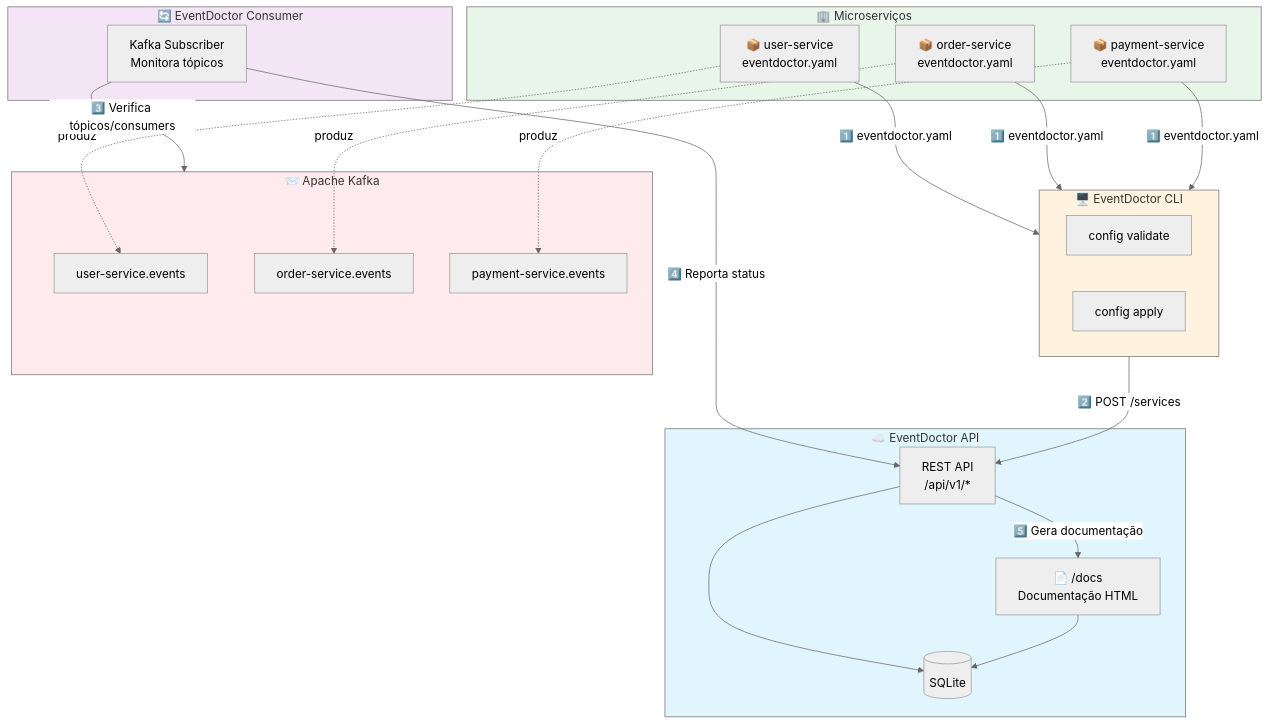
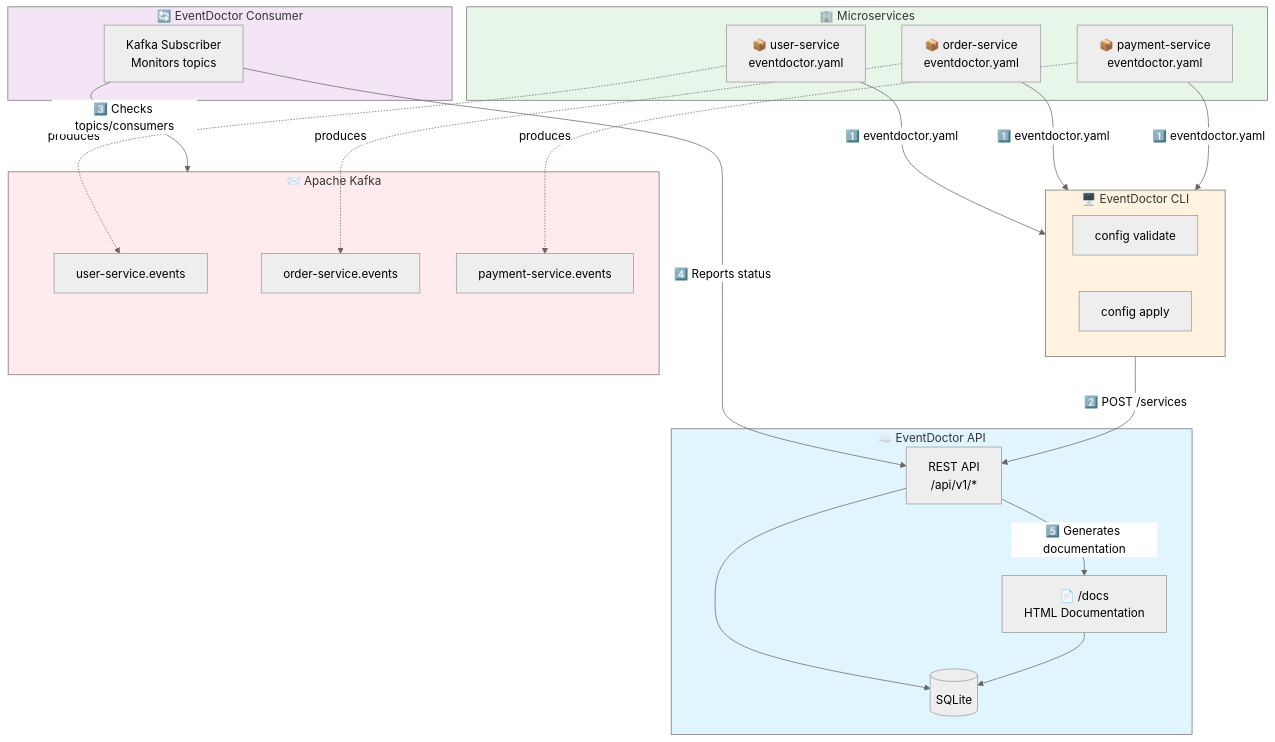
Before and after one commit to nicolascb/eventdoctor: the diagram in README.md, drawn with Mermaid (neutral theme). The commit also changed other lines of this file and 7 other files, not shown here.

````diff
--- a/README.md
+++ b/README.md
@@ -9,53 +9,53 @@
 ```mermaid
 flowchart TB
-    subgraph Microservices["🏢 Microserviços"]
+    subgraph Microservices["🏢 Microservices"]
         MS1["📦 user-service<br/>eventdoctor.yaml"]
         MS2["📦 order-service<br/>eventdoctor.yaml"]
         MS3["📦 payment-service<br/>eventdoctor.yaml"]
     end
 
     subgraph CLI["🖥️ EventDoctor CLI"]
         VALIDATE["config validate"]
         APPLY["config apply"]
     end
 
     subgraph EventDoctorAPI["☁️ EventDoctor API"]
         API["REST API<br/>/api/v1/*"]
-        DOCS["📄 /docs<br/>Documentação HTML"]
+        DOCS["📄 /docs<br/>HTML Documentation"]
         DB[(SQLite)]
         API --> DB
         DOCS --> DB
     end
 
     subgraph Kafka["📨 Apache Kafka"]
         TOPIC1["user-service.events"]
         TOPIC2["order-service.events"]
         TOPIC3["payment-service.events"]
     end
 
     subgraph Consumer["🔄 EventDoctor Consumer"]
-        SUBSCRIBER["Kafka Subscriber<br/>Monitora tópicos"]
+        SUBSCRIBER["Kafka Subscriber<br/>Monitors topics"]
     end
 
-    %% Fluxo CLI
+    %% CLI Flow
     MS1 & MS2 & MS3 --> |"1️⃣ eventdoctor.yaml"| CLI
     CLI --> |"2️⃣ POST /services"| API
 
-    %% Fluxo Consumer
-    SUBSCRIBER --> |"3️⃣ Verifica tópicos/consumers"| Kafka
-    SUBSCRIBER --> |"4️⃣ Reporta status"| API
+    %% Consumer Flow
+    SUBSCRIBER --> |"3️⃣ Checks topics/consumers"| Kafka
+    SUBSCRIBER --> |"4️⃣ Reports status"| API
 
-    %% Fluxo Documentação
-    API --> |"5️⃣ Gera documentação"| DOCS
+    %% Documentation Flow
+    API --> |"5️⃣ Generates documentation"| DOCS
 
     %% Kafka
-    MS1 -.-> |"produz"| TOPIC1
-    MS2 -.-> |"produz"| TOPIC2
-    MS3 -.-> |"produz"| TOPIC3
+    MS1 -.-> |"produces"| TOPIC1
+    MS2 -.-> |"produces"| TOPIC2
+    MS3 -.-> |"produces"| TOPIC3
 
     style EventDoctorAPI fill:#e1f5fe
     style CLI fill:#fff3e0
     style Consumer fill:#f3e5f5
     style Kafka fill:#ffebee
     style Microservices fill:#e8f5e9
 ```
````
